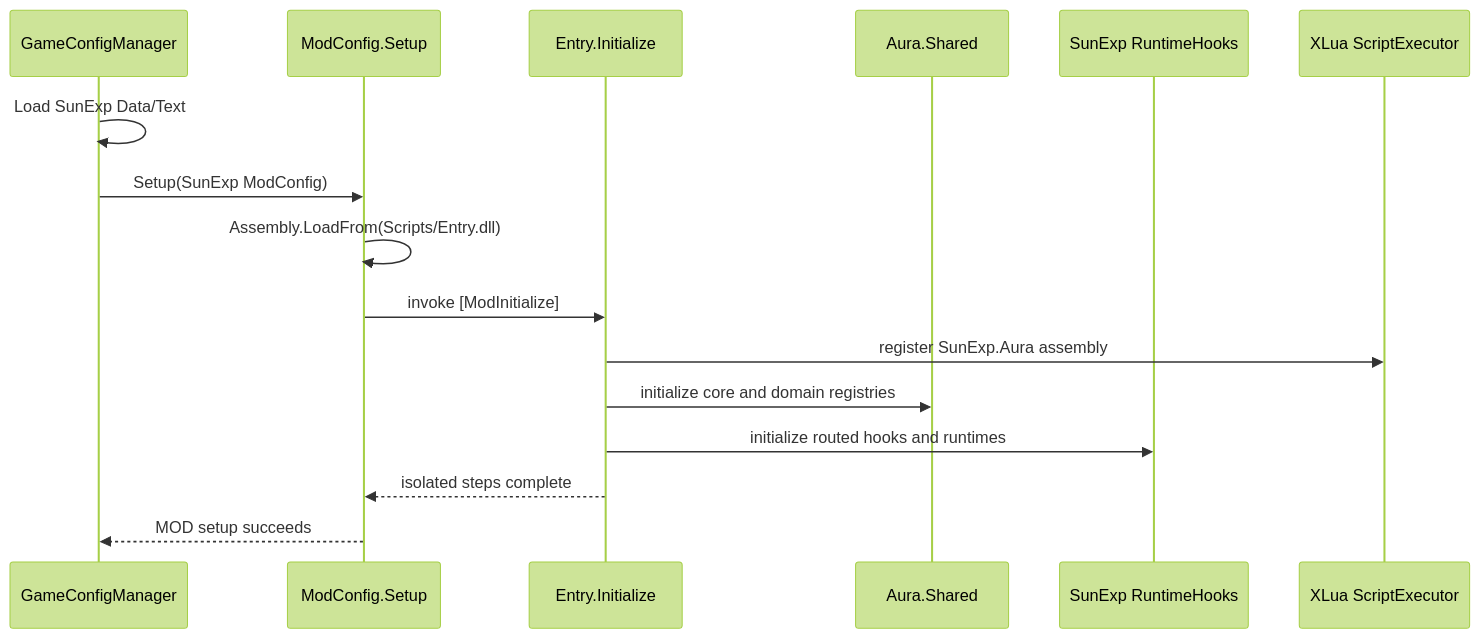
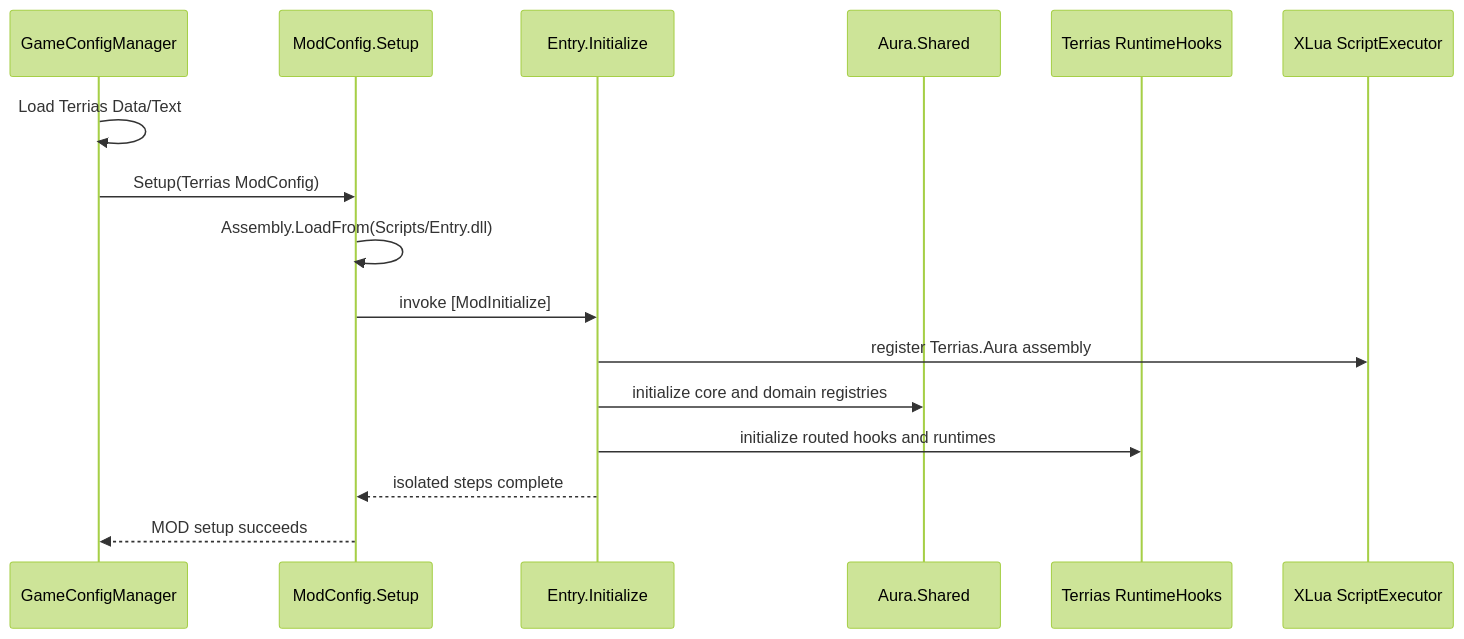
The second of 2 diagrams in docs/Terrias/01-整体架构与运行全景.md (AuraKaliya/apocalyptic-journey-mod-SunExp), drawn with Mermaid (forest theme) before and after one commit. The commit also changed other lines of this file and 670 other files, not shown here.

````diff
--- a/docs/Terrias/01-整体架构与运行全景.md
+++ b/docs/Terrias/01-整体架构与运行全景.md
@@ -98,19 +98,19 @@
 ```mermaid
 sequenceDiagram
     participant G as GameConfigManager
     participant M as ModConfig.Setup
     participant E as Entry.Initialize
     participant A as Aura.Shared
-    participant R as SunExp RuntimeHooks
+    participant R as Terrias RuntimeHooks
     participant X as XLua ScriptExecutor
 
-    G->>G: Load SunExp Data/Text
-    G->>M: Setup(SunExp ModConfig)
+    G->>G: Load Terrias Data/Text
+    G->>M: Setup(Terrias ModConfig)
     M->>M: Assembly.LoadFrom(Scripts/Entry.dll)
     M->>E: invoke [ModInitialize]
-    E->>X: register SunExp.Aura assembly
+    E->>X: register Terrias.Aura assembly
     E->>A: initialize core and domain registries
     E->>R: initialize routed hooks and runtimes
     E-->>M: isolated steps complete
     M-->>G: MOD setup succeeds
 ```
````
